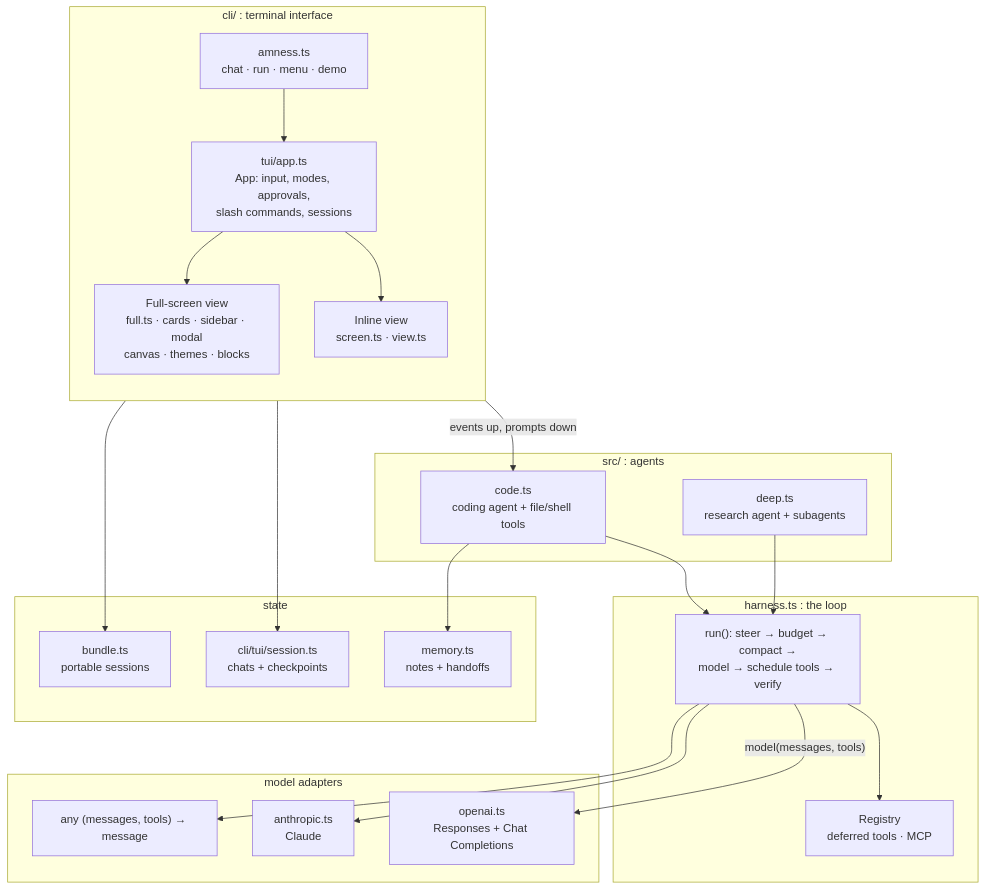
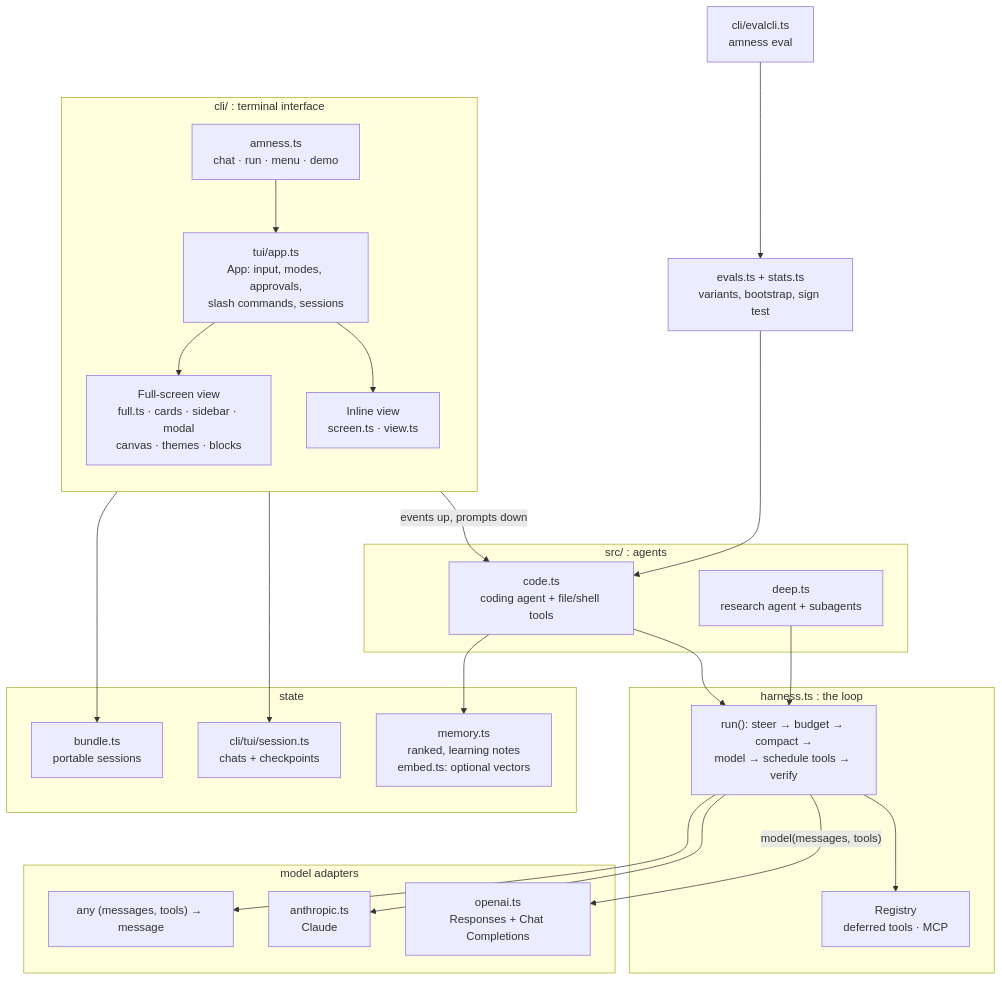
Before and after one commit to amirsdream/Amness: the first of 2 diagrams in README.md, drawn with Mermaid. The commit also changed other lines of this file and 8 other files, not shown here.

Commit message:
feat(memory): optional semantic retrieval (embeddings) and outcome-based learning; README rewritten to match everything built

````diff
--- a/README.md
+++ b/README.md
@@ -218,41 +236,43 @@
 ```mermaid
 flowchart TB
   subgraph UI["cli/ : terminal interface"]
     direction TB
     entry["amness.ts<br/>chat · run · menu · demo"]
     app["tui/app.ts<br/>App: input, modes, approvals,<br/>slash commands, sessions"]
     full["Full-screen view<br/>full.ts · cards · sidebar · modal<br/>canvas · themes · blocks"]
     inline["Inline view<br/>screen.ts · view.ts"]
     entry --> app
     app --> full
     app --> inline
   end
   subgraph AGENT["src/ : agents"]
     code["code.ts<br/>coding agent + file/shell tools"]
     deep["deep.ts<br/>research agent + subagents"]
   end
   subgraph CORE["harness.ts : the loop"]
     loop["run(): steer → budget → compact →<br/>model → schedule tools → verify"]
     reg["Registry<br/>deferred tools · MCP"]
   end
   subgraph MODELS["model adapters"]
     oa["openai.ts<br/>Responses + Chat Completions"]
     an["anthropic.ts<br/>Claude"]
     local["any (messages, tools) → message"]
   end
   subgraph STATE["state"]
-    mem["memory.ts<br/>notes + handoffs"]
+    mem["memory.ts<br/>ranked, learning notes<br/>embed.ts: optional vectors"]
     bundle["bundle.ts<br/>portable sessions"]
     sess["cli/tui/session.ts<br/>chats + checkpoints"]
   end
   app -->|"events up, prompts down"| code
   code --> loop
   deep --> loop
   loop --> reg
   loop -->|"model(messages, tools)"| oa
   loop --> an
   loop --> local
   code --> mem
   app --> sess
   app --> bundle
+  ev["evals.ts + stats.ts<br/>variants, bootstrap, sign test"] --> code
+  evcli["cli/evalcli.ts<br/>amness eval"] --> ev
 ```
````
